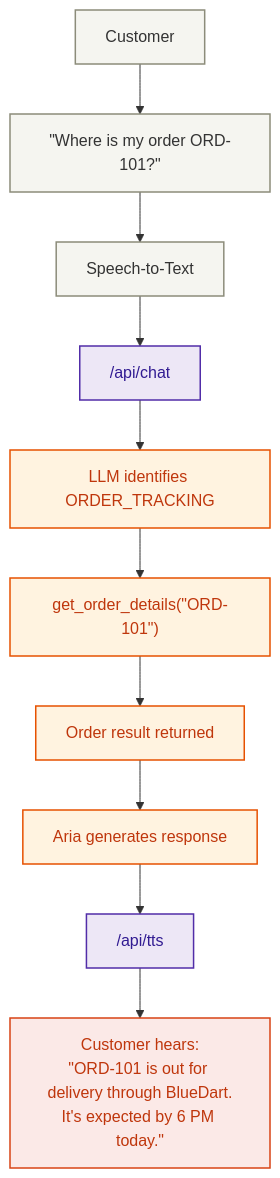
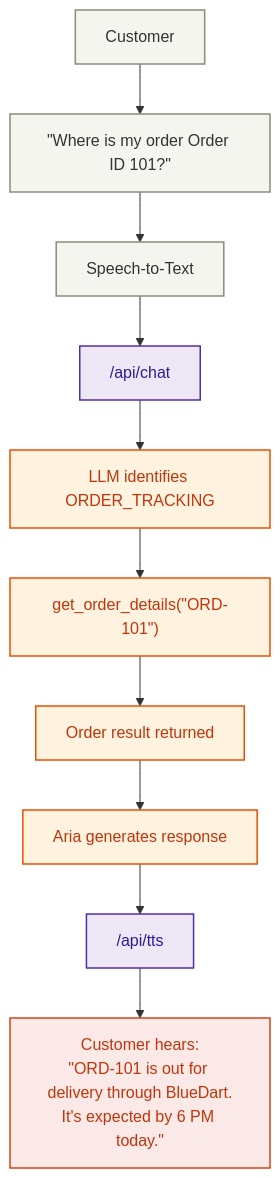
One commit to JiteshKushwaha/Aria-Voice-Agent changed the fourth of 4 diagrams in README.md. Above: the diagram before and after it, drawn with Mermaid.

````diff
--- a/README.md
+++ b/README.md
@@ -82,18 +82,18 @@
 ```mermaid
 flowchart TD
     %% Custom styles
     classDef input fill:#F5F5F0,stroke:#8C8C7A,stroke-width:1.5px,color:#333333
     classDef api fill:#EDE7F6,stroke:#512DA8,stroke-width:1.5px,color:#311B92
     classDef llm fill:#FFF3E0,stroke:#E65100,stroke-width:1.5px,color:#BF360C
     classDef output fill:#FBE9E7,stroke:#D84315,stroke-width:1.5px,color:#BF360C
 
-    A["Customer"]:::input --> B["&quot;Where is my order ORD-101?&quot;"]:::input
+    A["Customer"]:::input --> B["&quot;Where is my order Order ID 101?&quot;"]:::input
     B --> C["Speech-to-Text"]:::input
     C --> D["/api/chat"]:::api
     D --> E["LLM identifies ORDER_TRACKING"]:::llm
     E --> F["get_order_details(&quot;ORD-101&quot;)"]:::llm
     F --> G["Order result returned"]:::llm
     G --> H["Aria generates response"]:::llm
     H --> I["/api/tts"]:::api
     I --> J["Customer hears:<br/>&quot;ORD-101 is out for delivery through BlueDart.<br/>It's expected by 6 PM today.&quot;"]:::output
 ```
````
